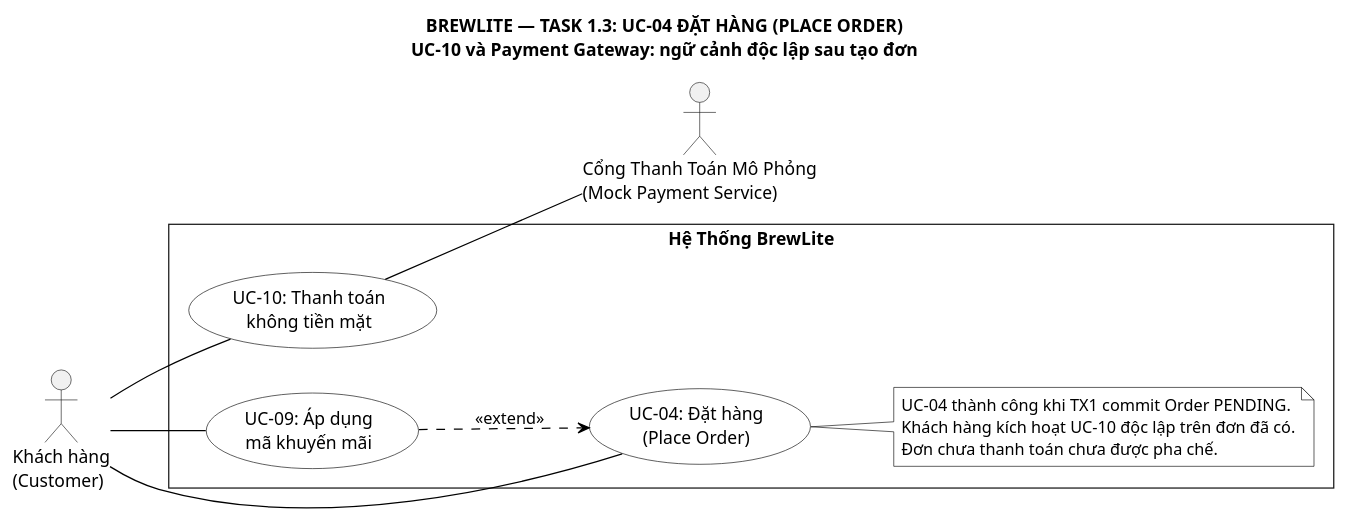
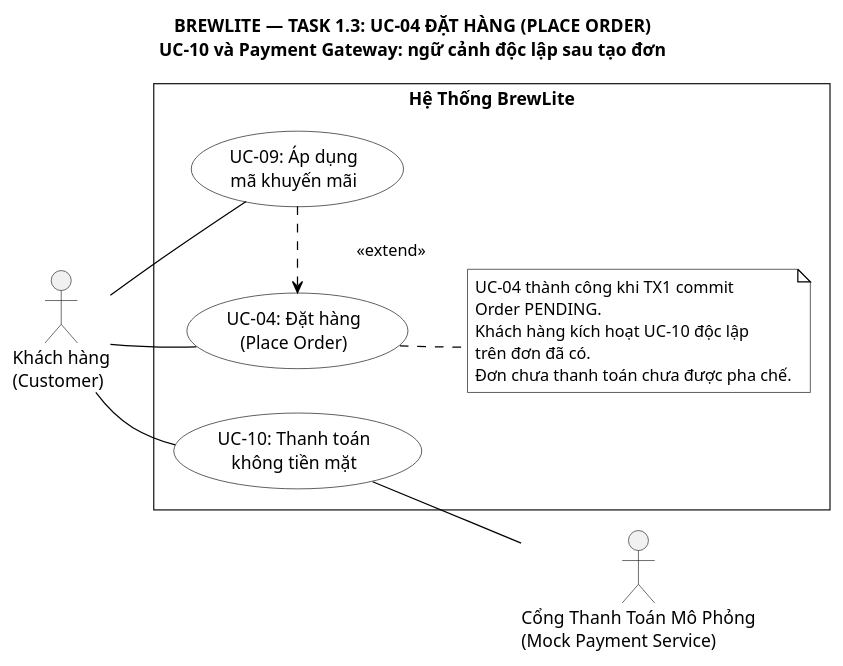
Before and after one commit to vohuunghiaah/brewlite: the diagram in docs/requirements/use-case-place-order.puml, drawn with PlantUML. The commit also changed 1 other file, not shown here.

Commit message:
docs(uml): compact Task 1.3 use case context layout

```diff
--- a/docs/requirements/use-case-place-order.puml
+++ b/docs/requirements/use-case-place-order.puml
@@ -1,45 +1,52 @@
 @startuml brewlite-usecase-place-order
 ' BrewLite — Task 1.3 — Đặc tả Use Case Chi tiết UC-04 Đặt hàng
 ' Tài liệu tham chiếu: SRS 1.4.0 và REQ-UC-04 v1.4.0
 ' UC-04 tạo đơn PENDING; UC-10 thanh toán độc lập trên đơn đã tồn tại.
 
 skinparam monochrome true
 skinparam shadowing false
 skinparam defaultFontName Arial
 skinparam roundCorner 0
+skinparam nodesep 35
+skinparam ranksep 35
 skinparam usecase {
     BackgroundColor White
     BorderColor Black
     ArrowColor Black
 }
 skinparam note {
     BackgroundColor White
     BorderColor Black
     ArrowColor Black
 }
 left to right direction
 
 title BREWLITE — TASK 1.3: UC-04 ĐẶT HÀNG (PLACE ORDER)\nUC-10 và Payment Gateway: ngữ cảnh độc lập sau tạo đơn
 
 actor "Khách hàng\n(Customer)" as Customer
 
 rectangle "Hệ Thống BrewLite" {
     usecase "UC-09: Áp dụng\nmã khuyến mãi" as UC9
     usecase "UC-04: Đặt hàng\n(Place Order)" as UC4
     usecase "UC-10: Thanh toán\nkhông tiền mặt" as UC10
 
-    note "UC-04 thành công khi TX1 commit Order PENDING.\nKhách hàng kích hoạt UC-10 độc lập trên đơn đã có.\nĐơn chưa thanh toán chưa được pha chế." as N1
-    UC4 .. N1
+    note "UC-04 thành công khi TX1 commit\nOrder PENDING.\nKhách hàng kích hoạt UC-10 độc lập\ntrên đơn đã có.\nĐơn chưa thanh toán chưa được pha chế." as N1
+    UC4 -[norank,dashed]- N1
+    ' Liên kết ẩn chỉ xếp ba Use Case theo trục dọc.
+    UC9 -[hidden]left-> UC4
+    UC4 -[hidden]left-> UC10
+    UC4 -[hidden]down-> N1
 }
 
 actor "Cổng Thanh Toán Mô Phỏng\n(Mock Payment Service)" as PaymentGateway
 
-Customer -- UC4
-Customer -- UC10
-Customer -- UC9
+Customer -[norank]- UC4
+Customer -[hidden]down-> UC4
+Customer -[norank]- UC10
+Customer -[norank]- UC9
 
-UC9 ..> UC4 : <<extend>>
+UC9 -[dashed,norank]-> UC4 : <color:transparent>..................................................</color><<extend>>
 
 UC10 -- PaymentGateway
 
 @enduml
```
